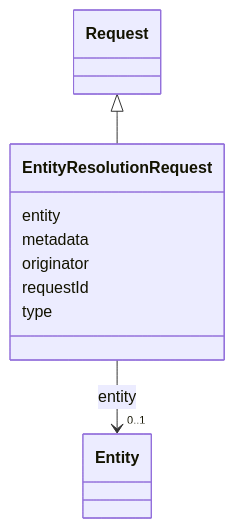
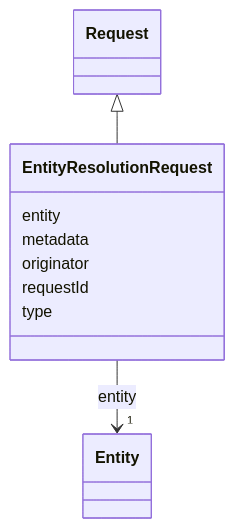
The diagram in docs/schema/EntityResolutionRequest.md (meaningfy-ws/er-system), drawn with Mermaid before and after one commit. The commit also changed other lines of this file and 21 other files, not shown here.

Commit message:
fix (ere schema): add proper cardinality restrictions

````diff
--- a/docs/schema/EntityResolutionRequest.md
+++ b/docs/schema/EntityResolutionRequest.md
@@ -20,28 +20,28 @@
 ```mermaid
  classDiagram
     class EntityResolutionRequest
     click EntityResolutionRequest href "../EntityResolutionRequest/"
       Request <|-- EntityResolutionRequest
         click Request href "../Request/"
       
       EntityResolutionRequest : entity
         
           
     
         
         
-        EntityResolutionRequest --> "0..1" Entity : entity
+        EntityResolutionRequest --> "1" Entity : entity
         click Entity href "../Entity/"
     
 
         
       EntityResolutionRequest : metadata
         
       EntityResolutionRequest : originator
         
       EntityResolutionRequest : requestId
         
       EntityResolutionRequest : type
         
       
 ```
````
